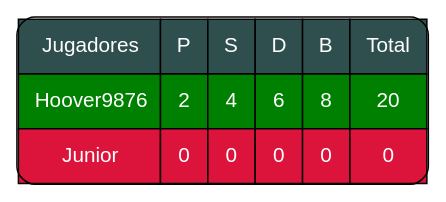
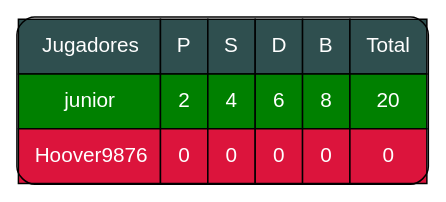
Before and after one commit to Desconocido502/-EDD_2S-BatallaNaval_201902502: the diagram in Fase 3/Cliente/EDDimg/ResultGame_html.dot, drawn with Graphviz. The commit also changed 19 other files, not shown here.

```diff
--- a/Fase 3/Cliente/EDDimg/ResultGame_html.dot
+++ b/Fase 3/Cliente/EDDimg/ResultGame_html.dot
@@ -1,34 +1,34 @@
 
 digraph html {
   node [fontname="Helvetica,Arial,sans-serif", fontcolor="white"]
   abc [shape = none, margin = 0, label=<
 <TABLE BORDER = "1" CELLBORDER = "1" CELLSPACING="0" CELLPADDING="10" style='rounded'>
 <TR>
 	<TD BGCOLOR="DarkSlateGray">Jugadores</TD>
 	<TD BGCOLOR="DarkSlateGray">P</TD>
 	<TD BGCOLOR="DarkSlateGray">S</TD>
 	<TD BGCOLOR="DarkSlateGray">D</TD>
 	<TD BGCOLOR="DarkSlateGray">B</TD>
 	<TD BGCOLOR="DarkSlateGray">Total</TD>
 </TR>
 
 <TR>
-    <TD BGCOLOR="#008000">Hoover9876</TD>
+    <TD BGCOLOR="#008000">junior</TD>
     <TD BGCOLOR="#008000">2</TD>
     <TD BGCOLOR="#008000">4</TD>
     <TD BGCOLOR="#008000">6</TD>
     <TD BGCOLOR="#008000">8</TD>
     <TD BGCOLOR="#008000">20</TD>
 </TR>
 
 <TR>
-    <TD BGCOLOR="Crimson">Junior</TD>
+    <TD BGCOLOR="Crimson">Hoover9876</TD>
     <TD BGCOLOR="Crimson">0</TD>
     <TD BGCOLOR="Crimson">0</TD>
     <TD BGCOLOR="Crimson">0</TD>
     <TD BGCOLOR="Crimson">0</TD>
     <TD BGCOLOR="Crimson">0</TD>
 </TR>
 </TABLE>>];
 
 }
```
